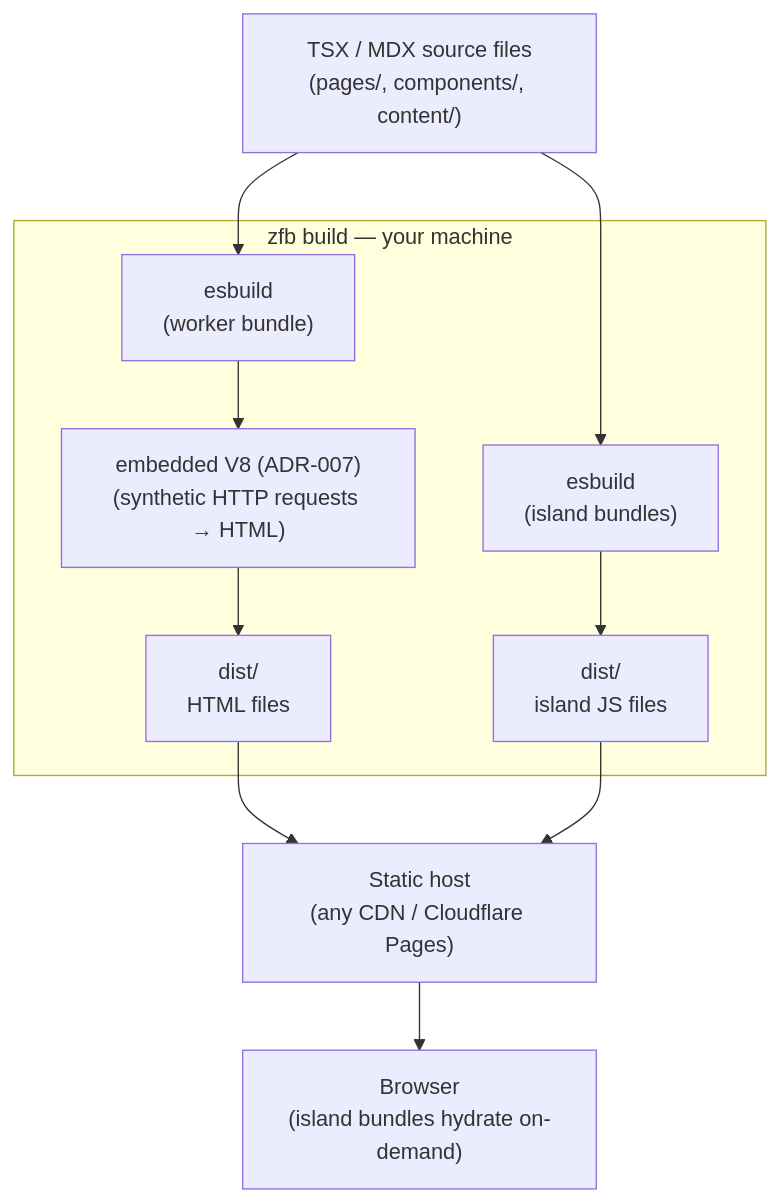
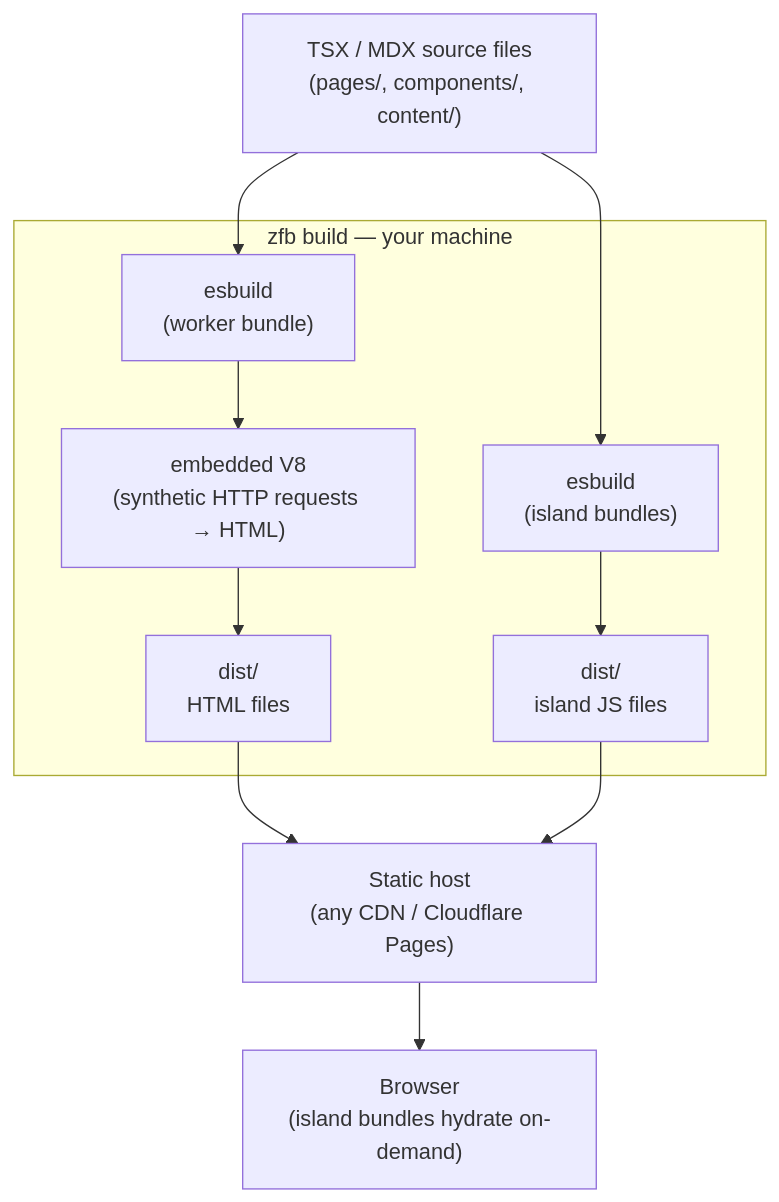
One commit to Takazudo/zudo-front-builder changed the diagram in docs/src/content/docs/concepts/architecture-overview.mdx. Above: the diagram before and after it, drawn with Mermaid. The commit also changed other lines of this file and 7 other files, not shown here.

````diff
--- a/docs/src/content/docs/concepts/architecture-overview.mdx
+++ b/docs/src/content/docs/concepts/architecture-overview.mdx
@@ -60,26 +60,26 @@
 ```mermaid
 flowchart TD
     src["TSX / MDX source files\n(pages/, components/, content/)"]
 
     subgraph build["zfb build — your machine"]
         esbuild_worker["esbuild\n(worker bundle)"]
-        v8["embedded V8 (ADR-007)\n(synthetic HTTP requests → HTML)"]
+        v8["embedded V8\n(synthetic HTTP requests → HTML)"]
         esbuild_islands["esbuild\n(island bundles)"]
         dist_html["dist/\nHTML files"]
         dist_js["dist/\nisland JS files"]
     end
 
     deploy["Static host\n(any CDN / Cloudflare Pages)"]
     browser["Browser\n(island bundles hydrate on-demand)"]
 
     src --> esbuild_worker
     esbuild_worker --> v8
     v8 --> dist_html
 
     src --> esbuild_islands
     esbuild_islands --> dist_js
 
     dist_html --> deploy
     dist_js --> deploy
     deploy --> browser
 ```
````
